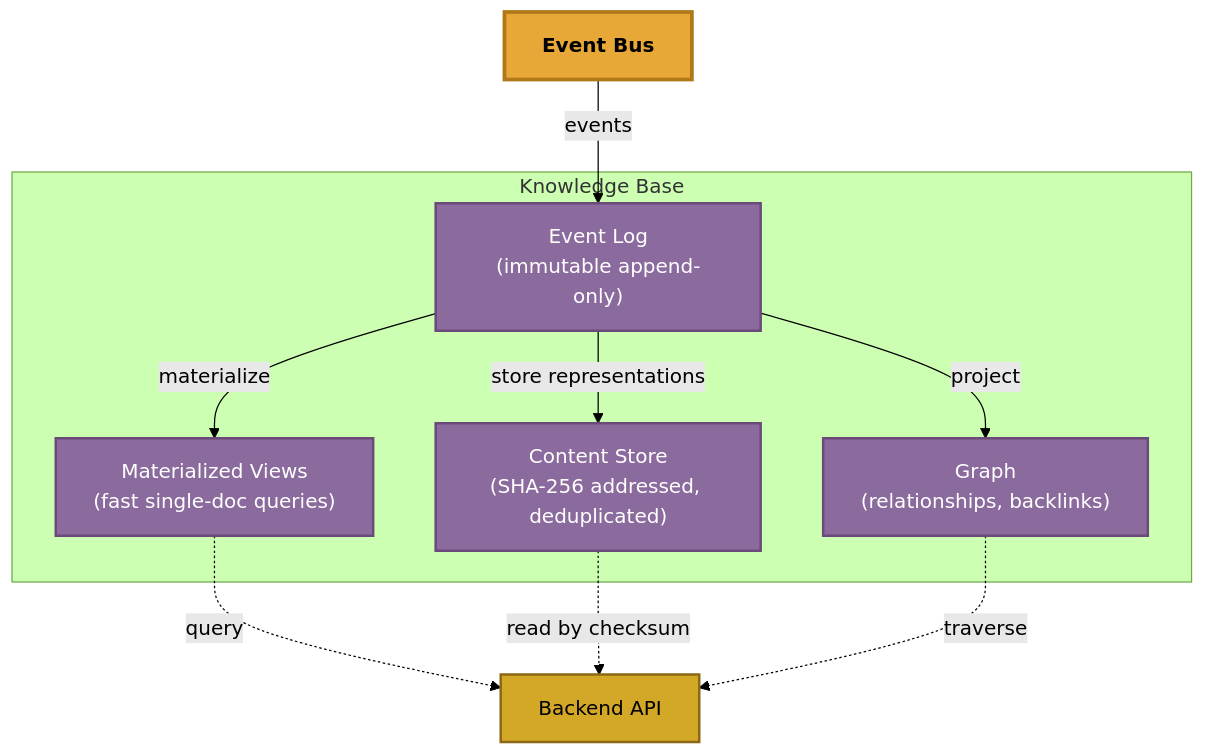
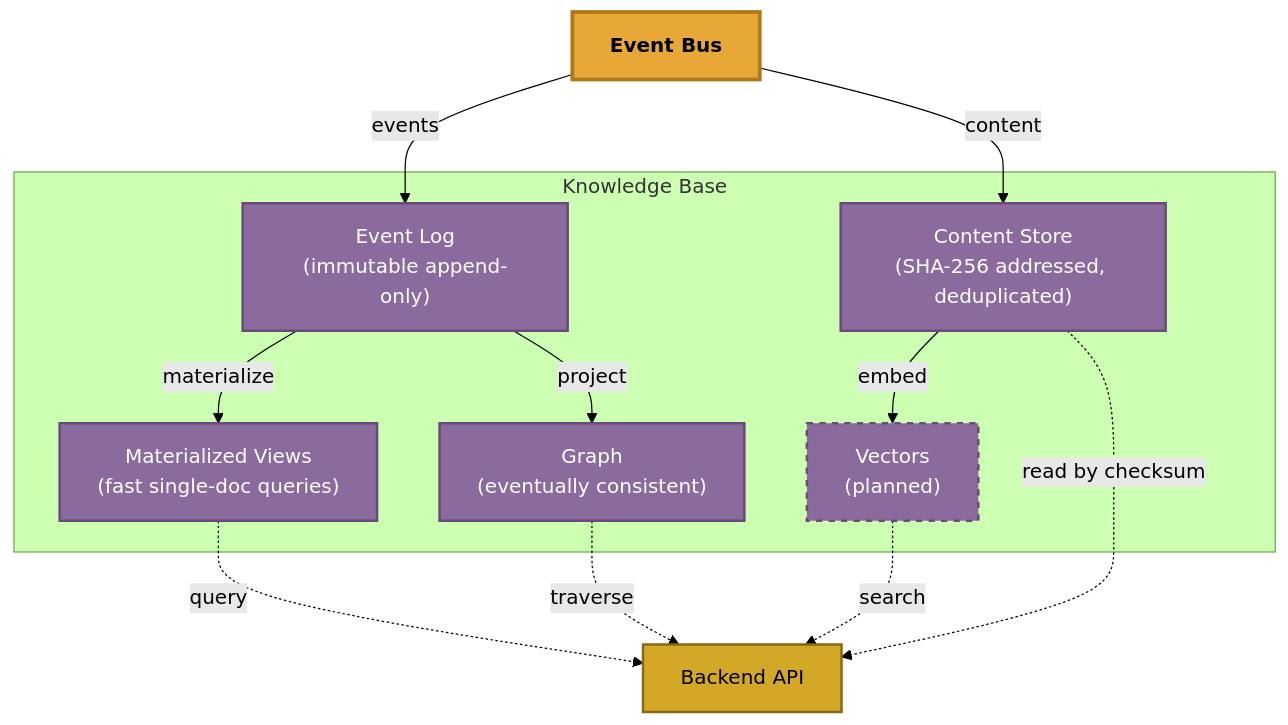
Before and after one commit to The-AI-Alliance/semiont: the third of 3 diagrams in docs/ARCHITECTURE-NEXT.md, drawn with Mermaid (forest theme). The commit also changed other lines of this file, not shown here.

Commit message:
fix KB diagram

````diff
--- a/docs/ARCHITECTURE-NEXT.md
+++ b/docs/ARCHITECTURE-NEXT.md
@@ -98,28 +98,33 @@
 ```mermaid
 graph TB
     BUS["Event Bus"] -->|events| EVENTLOG
+    BUS -->|content| CONTENT
 
     subgraph kb ["Knowledge Base"]
         EVENTLOG["Event Log<br/>(immutable append-only)"]
+        CONTENT["Content Store<br/>(SHA-256 addressed, deduplicated)"]
         VIEWS["Materialized Views<br/>(fast single-doc queries)"]
-        CONTENT["Content Store<br/>(SHA-256 addressed, deduplicated)"]
-        GRAPH["Graph<br/>(relationships, backlinks)"]
+        GRAPH["Graph<br/>(eventually consistent)"]
+        VECTORS["Vectors<br/>(planned)"]
 
         EVENTLOG -->|materialize| VIEWS
         EVENTLOG -->|project| GRAPH
-        EVENTLOG -->|store representations| CONTENT
+        CONTENT -->|embed| VECTORS
     end
 
     VIEWS -.->|query| BE
     CONTENT -.->|read by checksum| BE
     GRAPH -.->|traverse| BE
+    VECTORS -.->|search| BE
     BE["Backend API"]
 
     classDef bus fill:#e8a838,stroke:#b07818,stroke-width:3px,color:#000,font-weight:bold
     classDef store fill:#8b6b9d,stroke:#6b4a7a,stroke-width:2px,color:#fff
     classDef api fill:#d4a827,stroke:#8b6914,stroke-width:2px,color:#000
+    classDef planned fill:#8b6b9d,stroke:#6b4a7a,stroke-width:2px,color:#fff,stroke-dasharray: 5 5
 
     class BUS bus
     class EVENTLOG,VIEWS,CONTENT,GRAPH store
+    class VECTORS planned
     class BE api
 ```
````
